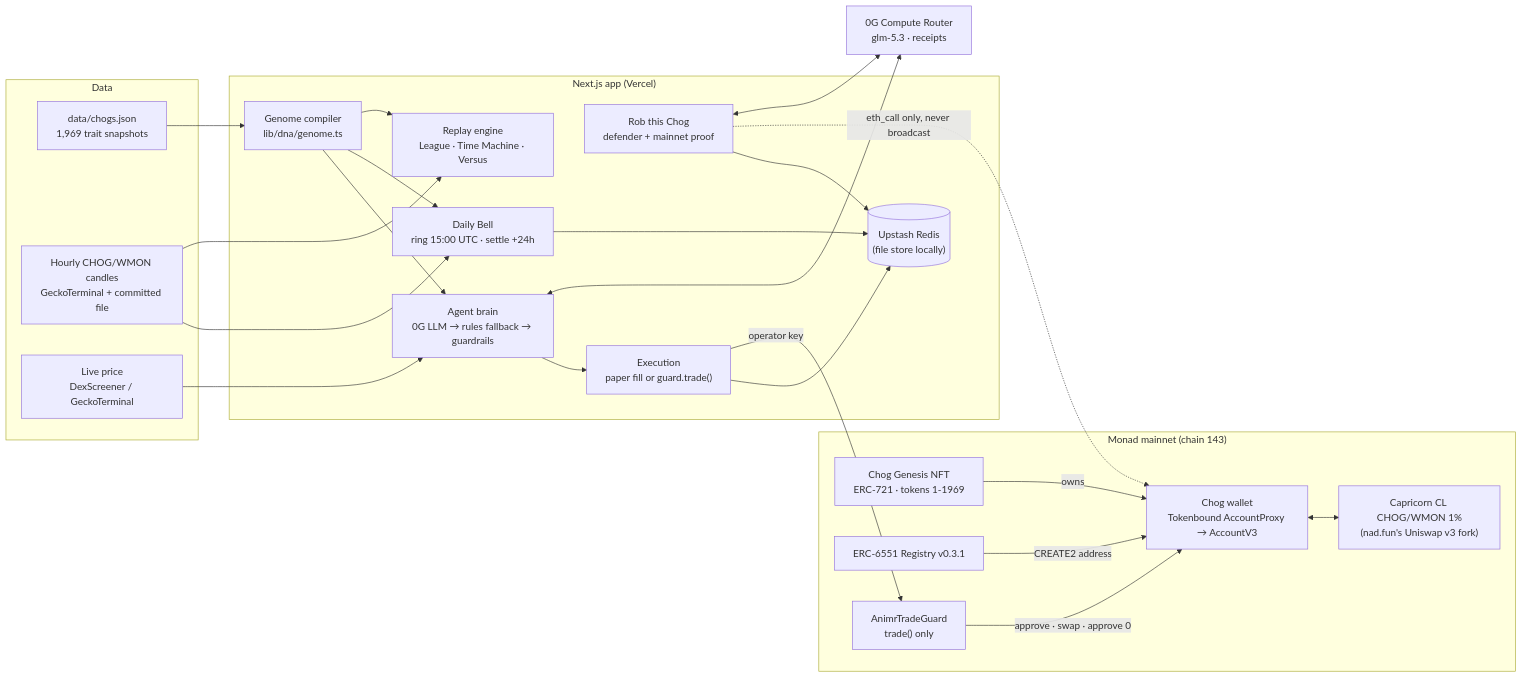
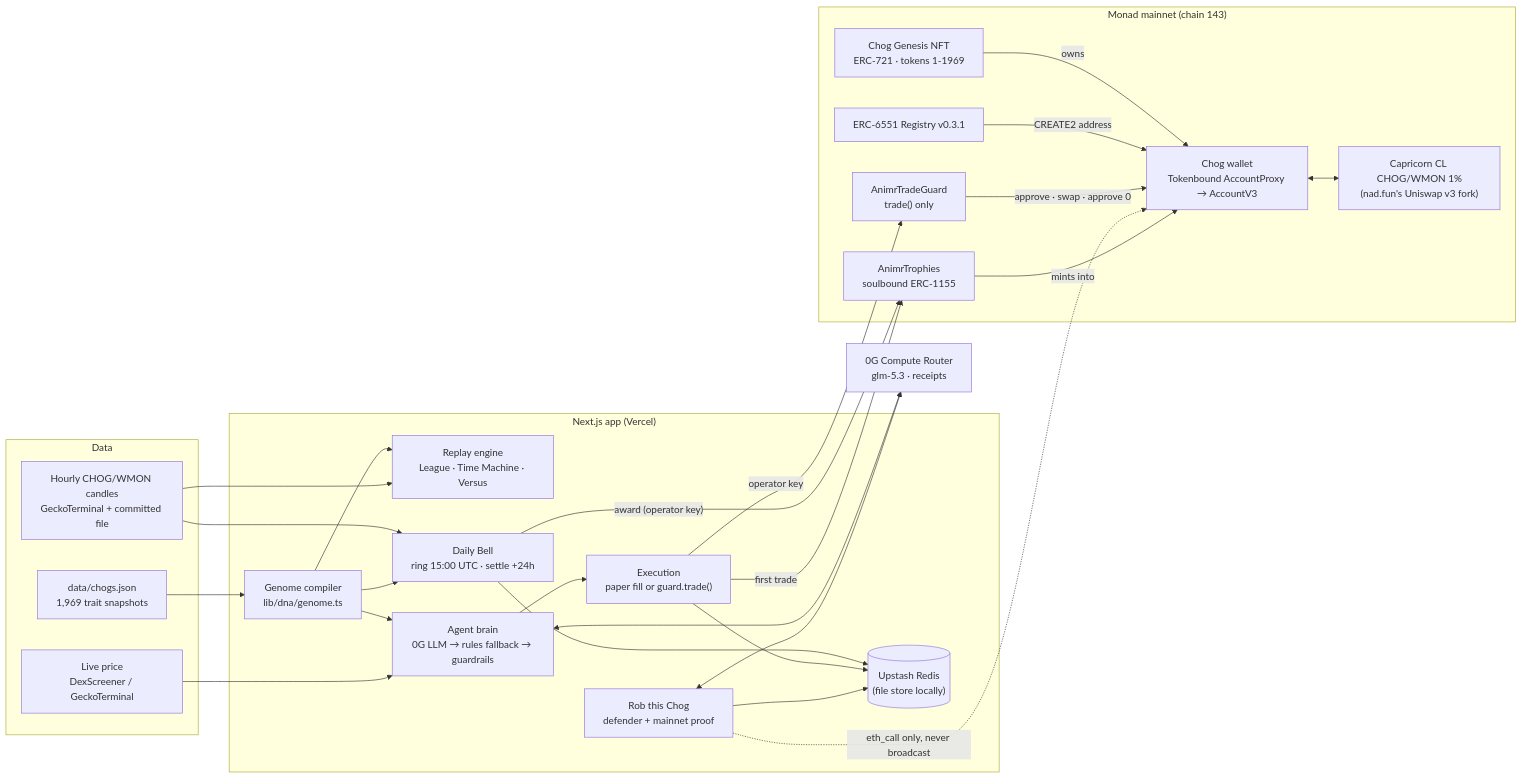
One commit to mrnetwork0001/Animr changed the diagram in ARCHITECTURE.md. Above: the diagram before and after it, drawn with Mermaid. The commit also changed other lines of this file, not shown here.

Commit message:
docs(architecture): trophies, new features, Oct 21 population snapshot

````diff
--- a/ARCHITECTURE.md
+++ b/ARCHITECTURE.md
@@ -7,47 +7,51 @@
 ```mermaid
 flowchart LR
   subgraph Monad["Monad mainnet (chain 143)"]
     NFT["Chog Genesis NFT<br/>ERC-721 · tokens 1-1969"]
     REG["ERC-6551 Registry v0.3.1"]
     TBA["Chog wallet<br/>Tokenbound AccountProxy → AccountV3"]
     GUARD["AnimrTradeGuard<br/>trade() only"]
     POOL["Capricorn CL CHOG/WMON 1%<br/>(nad.fun's Uniswap v3 fork)"]
+    TROPHY["AnimrTrophies<br/>soulbound ERC-1155"]
   end
 
   subgraph Data["Data"]
     SNAP["data/chogs.json<br/>1,969 trait snapshots"]
     CANDLES["Hourly CHOG/WMON candles<br/>GeckoTerminal + committed file"]
     MKT["Live price<br/>DexScreener / GeckoTerminal"]
   end
 
   subgraph App["Next.js app (Vercel)"]
     GEN["Genome compiler<br/>lib/dna/genome.ts"]
     REPLAY["Replay engine<br/>League · Time Machine · Versus"]
     BELL["Daily Bell<br/>ring 15:00 UTC · settle +24h"]
     HEIST["Rob this Chog<br/>defender + mainnet proof"]
     BRAIN["Agent brain<br/>0G LLM → rules fallback → guardrails"]
     EXEC["Execution<br/>paper fill or guard.trade()"]
     KV[("Upstash Redis<br/>(file store locally)")]
   end
 
   ZG["0G Compute Router<br/>glm-5.3 · receipts"]
 
   NFT -- owns --> TBA
   REG -- "CREATE2 address" --> TBA
   SNAP --> GEN --> REPLAY
   CANDLES --> REPLAY
   CANDLES --> BELL
   GEN --> BELL
   GEN --> BRAIN
   MKT --> BRAIN
   BRAIN <--> ZG
   HEIST <--> ZG
   BRAIN --> EXEC
   EXEC -- "operator key" --> GUARD
   GUARD -- "approve · swap · approve 0" --> TBA
   TBA <--> POOL
   HEIST -. "eth_call only, never broadcast" .-> TBA
+  BELL -- "award (operator key)" --> TROPHY
+  EXEC -- "first trade" --> TROPHY
+  TROPHY -- "mints into" --> TBA
   BELL --> KV
   EXEC --> KV
   HEIST --> KV
 ```
````
